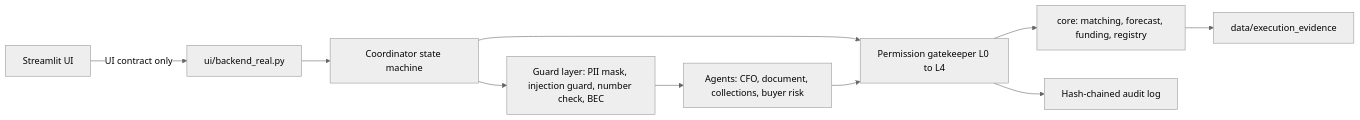
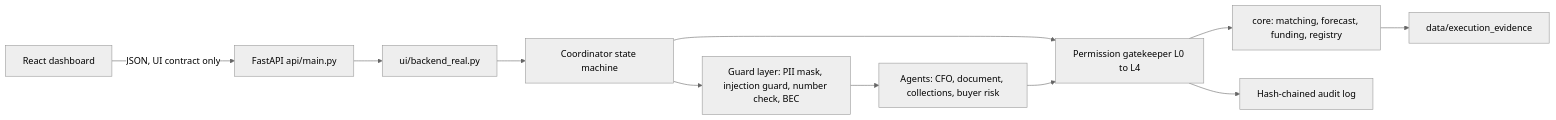
Before and after one commit to stellarrng/cashbridge: the diagram in README.md, drawn with Mermaid (neutral theme). The commit also changed other lines of this file and 63 other files, not shown here.

Commit message:
feat(ui): add React dashboard, FastAPI app and real UI adapter

````diff
--- a/README.md
+++ b/README.md
@@ -73,12 +74,13 @@
 ```mermaid
 flowchart LR
-    UI[Streamlit UI] -->|UI contract only| ADAPTER[ui/backend_real.py]
+    UI[React dashboard] -->|JSON, UI contract only| API[FastAPI api/main.py]
+    API --> ADAPTER[ui/backend_real.py]
     ADAPTER --> COORD[Coordinator state machine]
     COORD --> GUARD[Guard layer: PII mask, injection guard, number check, BEC]
     GUARD --> AGENTS[Agents: CFO, document, collections, buyer risk]
     COORD --> GATE[Permission gatekeeper L0 to L4]
     AGENTS --> GATE
     GATE --> CORE[core: matching, forecast, funding, registry]
     GATE --> AUDIT[Hash-chained audit log]
     CORE --> EVID[data/execution_evidence]
 ```
````
